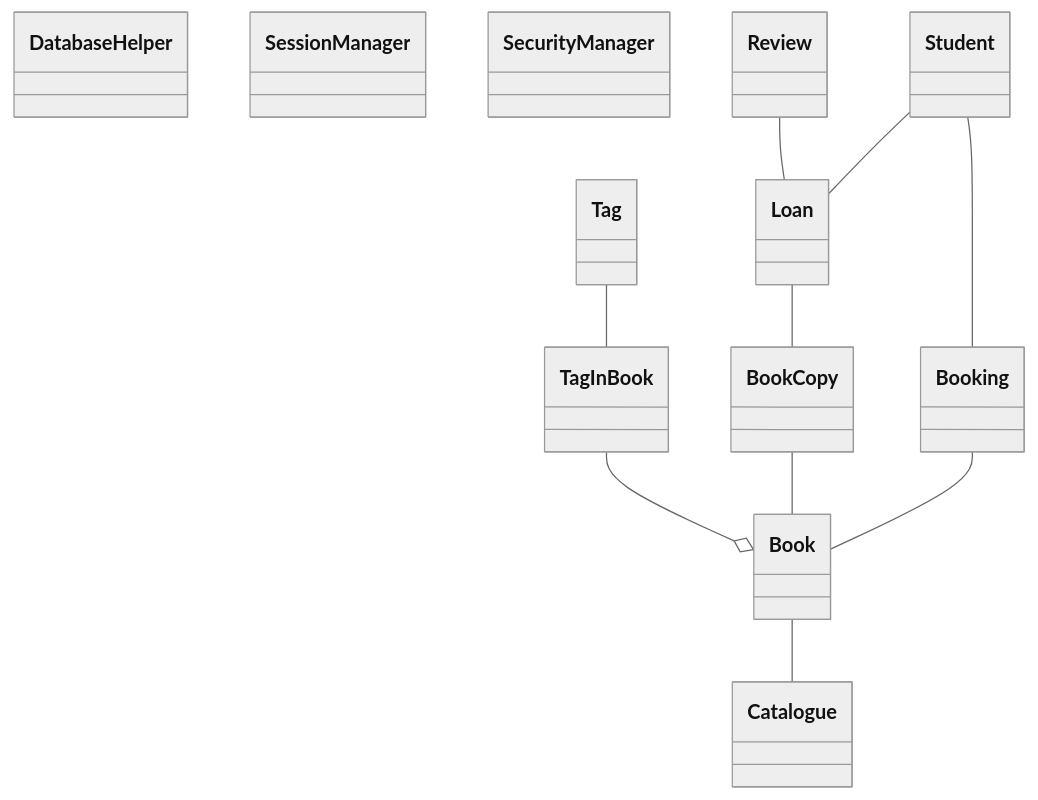
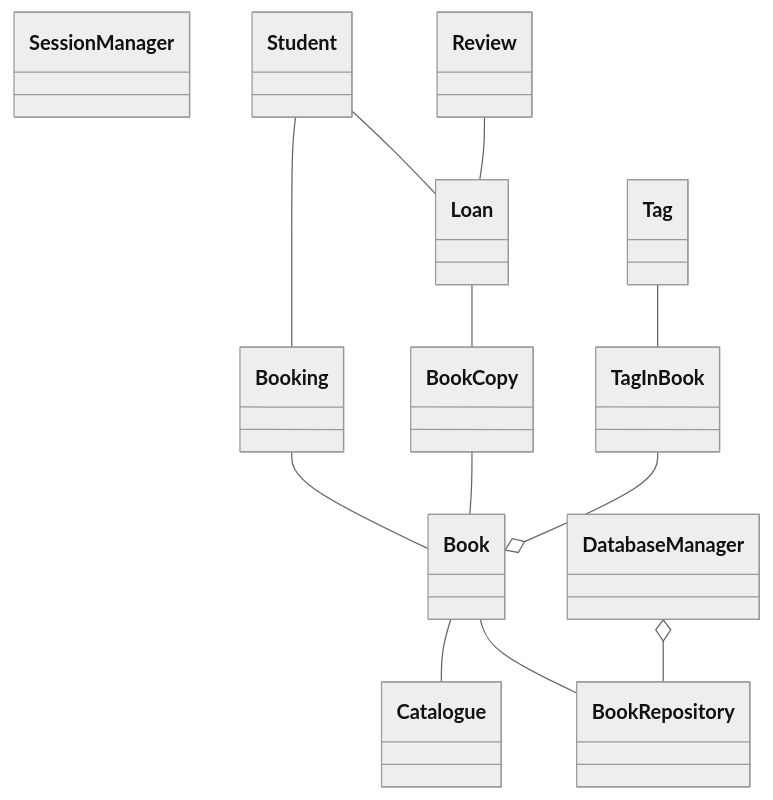
Before and after one commit to Jujez04/UniBook: the diagram in doc/uml-doc.md, drawn with Mermaid (neutral theme). The commit also changed 8 other files, not shown here.

Commit message:
add: student repository && add: session manager and authentication controller

````diff
--- a/doc/uml-doc.md
+++ b/doc/uml-doc.md
@@ -1,18 +1,18 @@
 ```mermaid
 classDiagram
-class DatabaseHelper
+class DatabaseManager
 %% class Admin (?)
 class SessionManager
-class SecurityManager
 
 Book -- Catalogue
 TagInBook --o Book
 Tag -- TagInBook
 BookCopy -- Book
 Loan -- BookCopy
 Review -- Loan
 Student -- Booking
 Booking -- Book
 Student -- Loan
-
+DatabaseManager o-- BookRepository
+Book -- BookRepository
 ```
````
